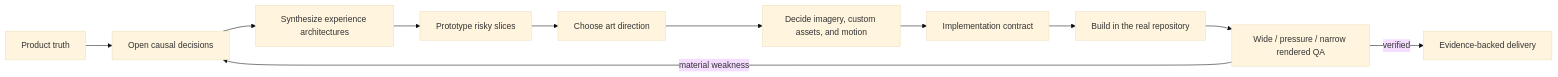
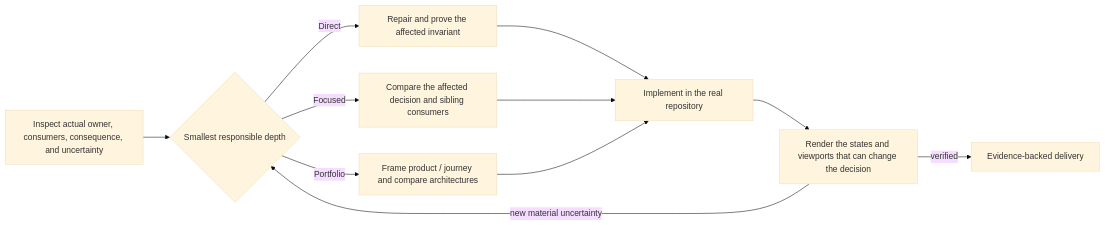
The diagram in README.md (What0ff/snowe-ui-skill), drawn with Mermaid (base theme) before and after one commit. The commit also changed other lines of this file and 66 other files, not shown here.

````diff
--- a/README.md
+++ b/README.md
@@ -125,13 +125,13 @@
 ```mermaid
 flowchart LR
-    A["Product truth"] --> B["Open causal decisions"]
-    B --> C["Synthesize experience architectures"]
-    C --> D["Prototype risky slices"]
-    D --> E["Choose art direction"]
-    E --> F["Decide imagery, custom assets, and motion"]
-    F --> G["Implementation contract"]
-    G --> H["Build in the real repository"]
-    H --> I["Wide / pressure / narrow rendered QA"]
-    I -->|"material weakness"| B
-    I -->|"verified"| J["Evidence-backed delivery"]
+    A["Inspect actual owner, consumers, consequence, and uncertainty"] --> B{"Smallest responsible depth"}
+    B -->|"Direct"| C["Repair and prove the affected invariant"]
+    B -->|"Focused"| D["Compare the affected decision and sibling consumers"]
+    B -->|"Portfolio"| E["Frame product / journey and compare architectures"]
+    C --> F["Implement in the real repository"]
+    D --> F
+    E --> F
+    F --> G["Render the states and viewports that can change the decision"]
+    G -->|"new material uncertainty"| B
+    G -->|"verified"| H["Evidence-backed delivery"]
 ```
````
